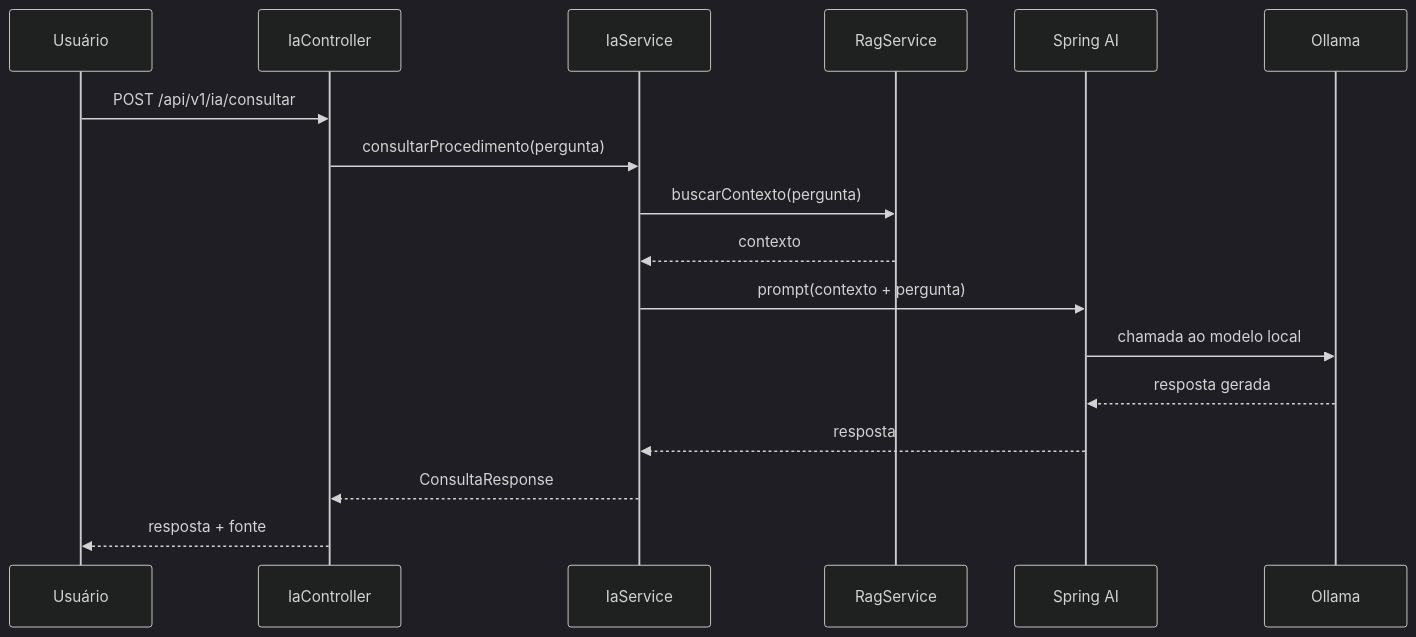
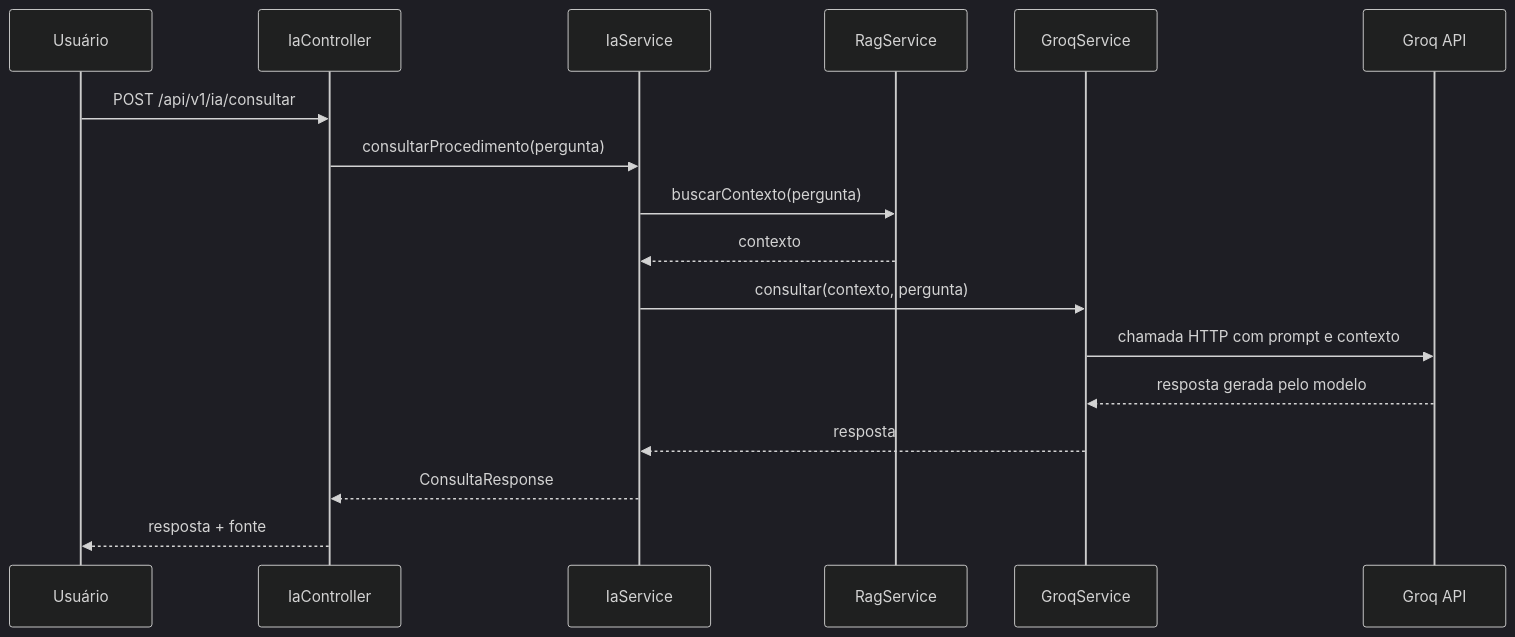
One commit to DudaAraujo14/argus-ia-spring changed the fourth of 4 diagrams in README.md. Above: the diagram before and after it, drawn with Mermaid (dark theme). The commit also changed other lines of this file, not shown here.

Commit message:
docs: atualiza README para Groq API

````diff
--- a/README.md
+++ b/README.md
@@ -291,20 +299,20 @@
 ```mermaid
 sequenceDiagram
     participant U as Usuário
     participant API as IaController
     participant S as IaService
     participant R as RagService
-    participant AI as Spring AI
-    participant O as Ollama
+    participant G as GroqService
+    participant IA as Groq API
 
     U->>API: POST /api/v1/ia/consultar
     API->>S: consultarProcedimento(pergunta)
     S->>R: buscarContexto(pergunta)
     R-->>S: contexto
-    S->>AI: prompt(contexto + pergunta)
-    AI->>O: chamada ao modelo local
-    O-->>AI: resposta gerada
-    AI-->>S: resposta
+    S->>G: consultar(contexto, pergunta)
+    G->>IA: chamada HTTP com prompt e contexto
+    IA-->>G: resposta gerada pelo modelo
+    G-->>S: resposta
     S-->>API: ConsultaResponse
     API-->>U: resposta + fonte
 ```
````
